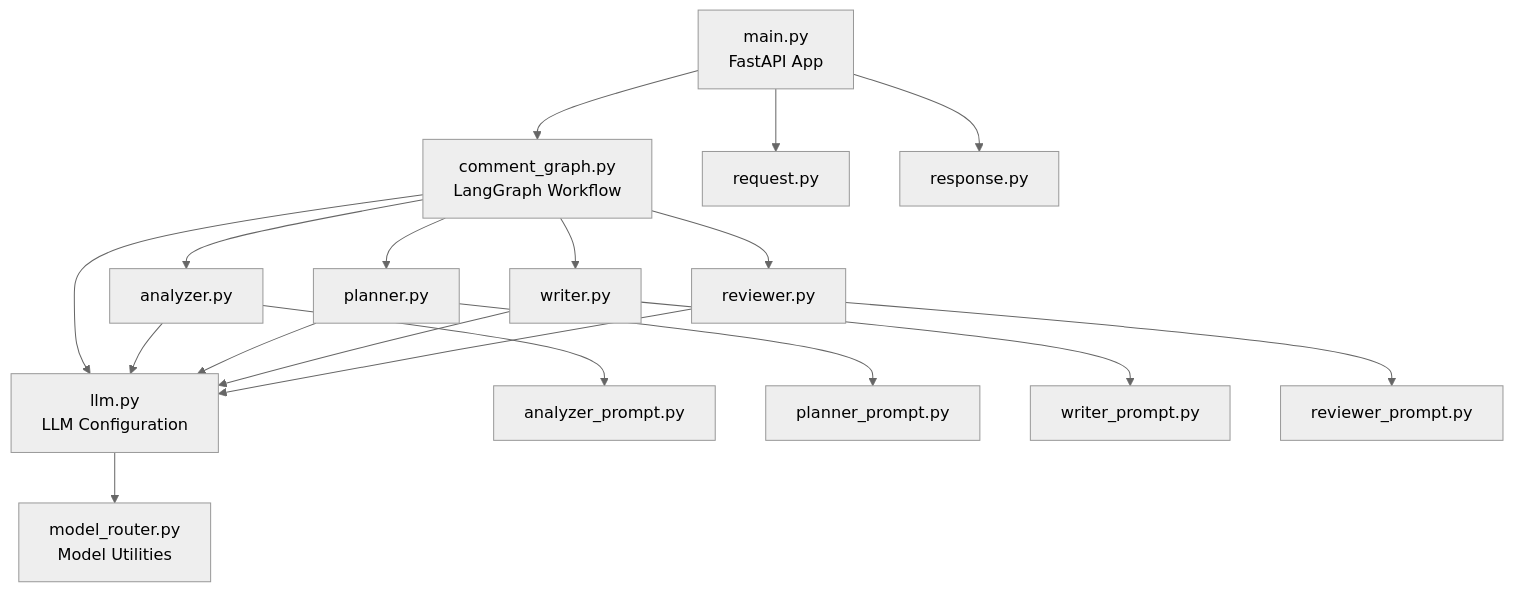
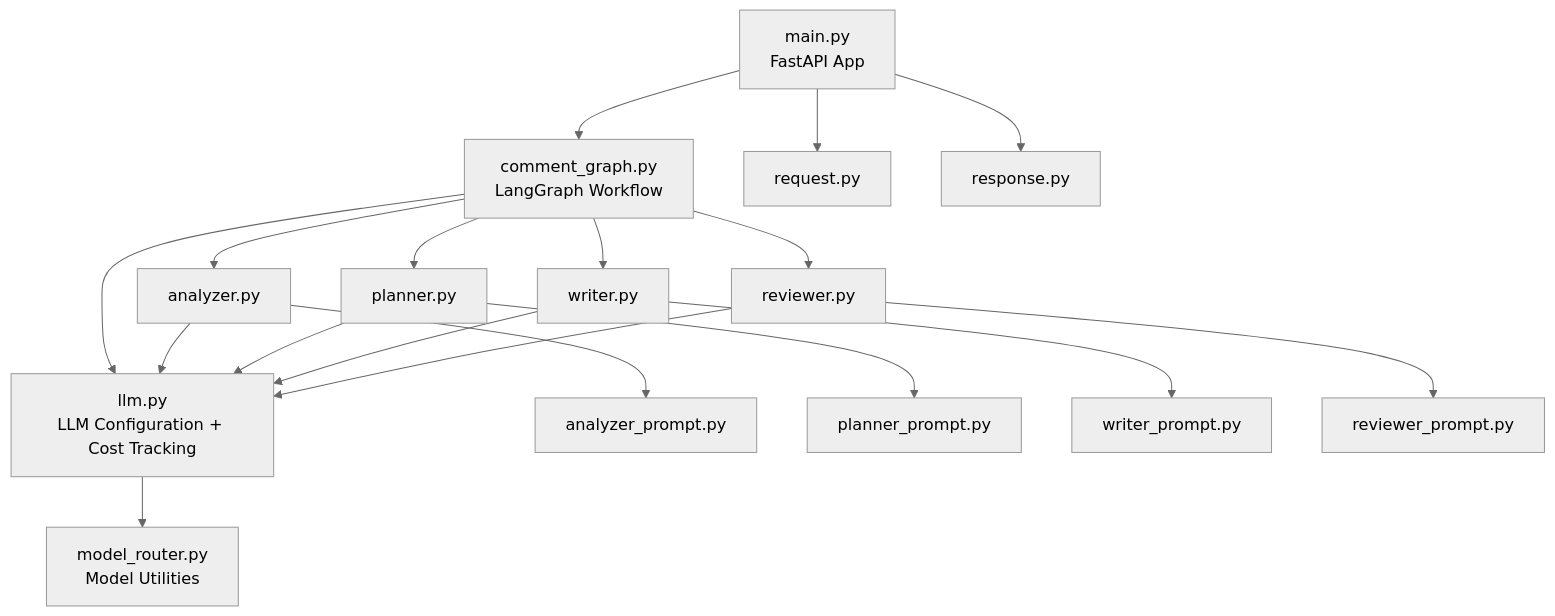
Before and after one commit to himanshu231204/linkedin-ai-comment-copilot: the sixth of 9 diagrams in doc/ARCHITECTURE.md, drawn with Mermaid (neutral theme). The commit also changed other lines of this file and 8 other files, not shown here.

First line of the commit message:
feat: add LLM cost tracking with /test-cost endpoint and update all documentation

````diff
--- a/doc/ARCHITECTURE.md
+++ b/doc/ARCHITECTURE.md
@@ -235,38 +244,38 @@
 ```mermaid
 graph TD
     MAIN["main.py<br/>FastAPI App"]
     GRAPH["comment_graph.py<br/>LangGraph Workflow"]
-    LLM["llm.py<br/>LLM Configuration"]
+    LLM["llm.py<br/>LLM Configuration + Cost Tracking"]
     ROUTER["model_router.py<br/>Model Utilities"]
 
     AN["analyzer.py"]
     PL["planner.py"]
     WR["writer.py"]
     RV["reviewer.py"]
 
     AP["analyzer_prompt.py"]
     PP["planner_prompt.py"]
     WP["writer_prompt.py"]
     RP["reviewer_prompt.py"]
 
     REQ["request.py"]
     RES["response.py"]
 
     MAIN --> GRAPH
     MAIN --> REQ
     MAIN --> RES
     GRAPH --> AN
     GRAPH --> PL
     GRAPH --> WR
     GRAPH --> RV
     GRAPH --> LLM
     AN --> LLM
     AN --> AP
     PL --> LLM
     PL --> PP
     WR --> LLM
     WR --> WP
     RV --> LLM
     RV --> RP
     LLM --> ROUTER
 ```
````
